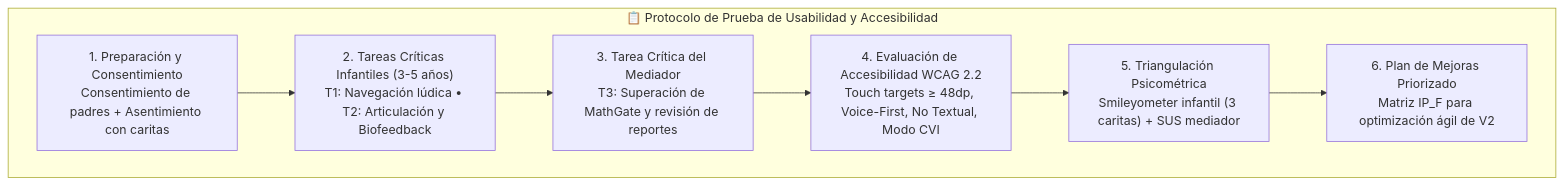
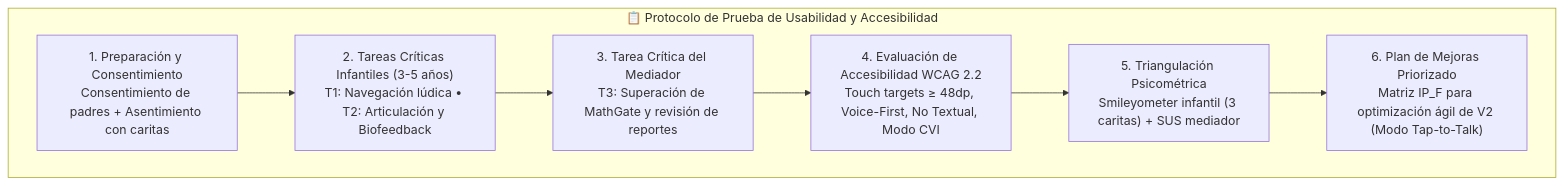
The first of 7 diagrams in Proyecto/Documentación/Actividad 10 - Prueba de Usabilidad y Accesibilidad/Actividad 10 - Prueba de Usabilidad y Accesibilidad.md (MasaruC/App_Fono-Ludica), drawn with Mermaid before and after one commit. The commit also changed other lines of this file, not shown here.

Commit message:
docs(actividad-10): agregar diagrama de flujo de testeo, cuadernillo de campo y plan tecnico de implementacion de Tap-to-Talk

````diff
--- a/Proyecto/Documentación/Actividad 10 - Prueba de Usabilidad y Accesibilidad/Actividad 10 - Prueba de Usabilidad y Accesibilidad.md
+++ b/Proyecto/Documentación/Actividad 10 - Prueba de Usabilidad y Accesibilidad/Actividad 10 - Prueba de Usabilidad y Accesibilidad.md
@@ -57,17 +57,17 @@
 ```mermaid
 graph TD
     subgraph ProtocoloEvaluacion ["📋 Protocolo de Prueba de Usabilidad y Accesibilidad"]
         P1["1. Preparación y Consentimiento<br>Consentimiento de padres + Asentimiento con caritas"]
         P2["2. Tareas Críticas Infantiles (3-5 años)<br>T1: Navegación lúdica • T2: Articulación y Biofeedback"]
         P3["3. Tarea Crítica del Mediador<br>T3: Superación de MathGate y revisión de reportes"]
         P4["4. Evaluación de Accesibilidad WCAG 2.2<br>Touch targets ≥ 48dp, Voice-First, No Textual, Modo CVI"]
         P5["5. Triangulación Psicométrica<br>Smileyometer infantil (3 caritas) + SUS mediador"]
-        P6["6. Plan de Mejoras Priorizado<br>Matriz IP_F para optimización ágil de V2"]
+        P6["6. Plan de Mejoras Priorizado<br>Matriz IP_F para optimización ágil de V2 (Modo Tap-to-Talk)"]
     end
 
     P1 --> P2
     P2 --> P3
     P3 --> P4
     P4 --> P5
     P5 --> P6
 ```
````
